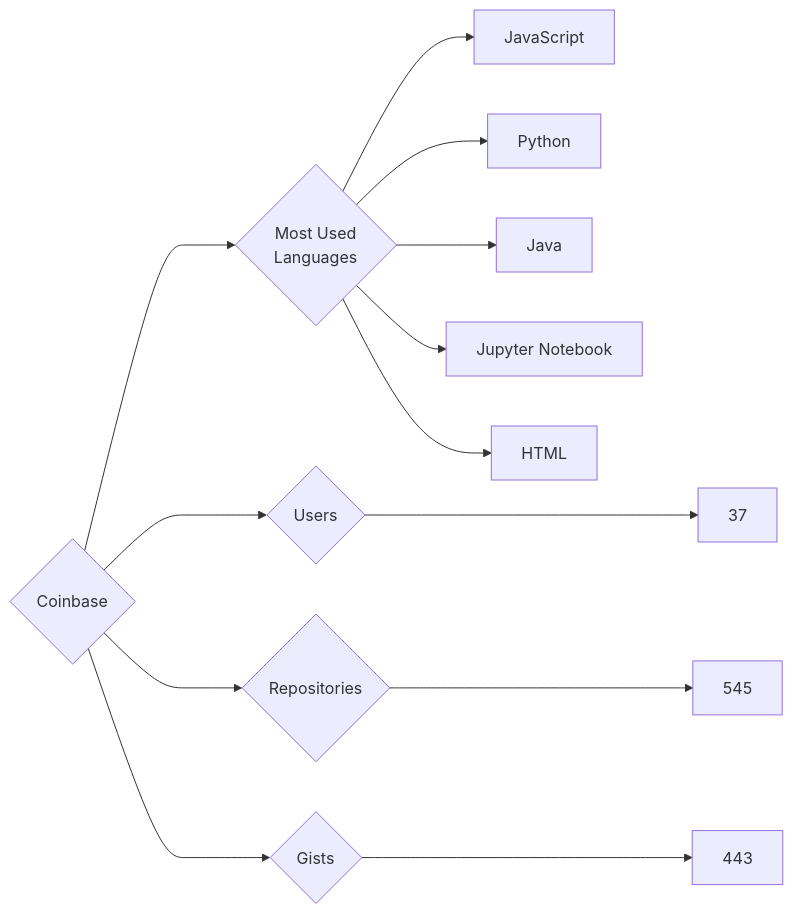
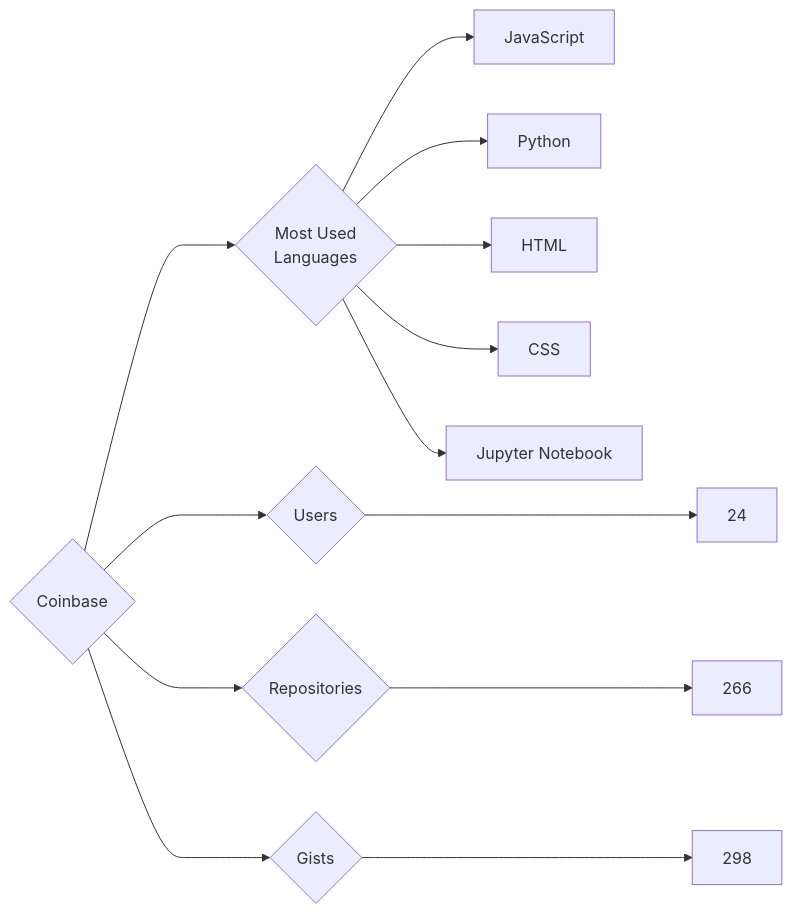
Before and after one commit to trickest/insiders: the diagram in targets/Coinbase/README.md, drawn with Mermaid. The commit also changed 1084 other files, not shown here.

````diff
--- a/targets/Coinbase/README.md
+++ b/targets/Coinbase/README.md
@@ -3,13 +3,13 @@
 ```mermaid
 graph LR
 COMPANY_NAME{Coinbase}
-COMPANY_NAME ---> U{Users} ---> UN[37]
-COMPANY_NAME ---> R{Repositories} ---> RN[545]
-COMPANY_NAME ---> G{Gists} ---> GN[443]
+COMPANY_NAME ---> U{Users} ---> UN[24]
+COMPANY_NAME ---> R{Repositories} ---> RN[266]
+COMPANY_NAME ---> G{Gists} ---> GN[298]
 COMPANY_NAME ---> ML{Most Used<br>Languages}
 ML --> JavaScript[JavaScript]
 ML --> Python[Python]
-ML --> Java[Java]
+ML --> HTML[HTML]
+ML --> CSS[CSS]
 ML --> Jupyter_Notebook[Jupyter Notebook]
-ML --> HTML[HTML]
 ```
````
